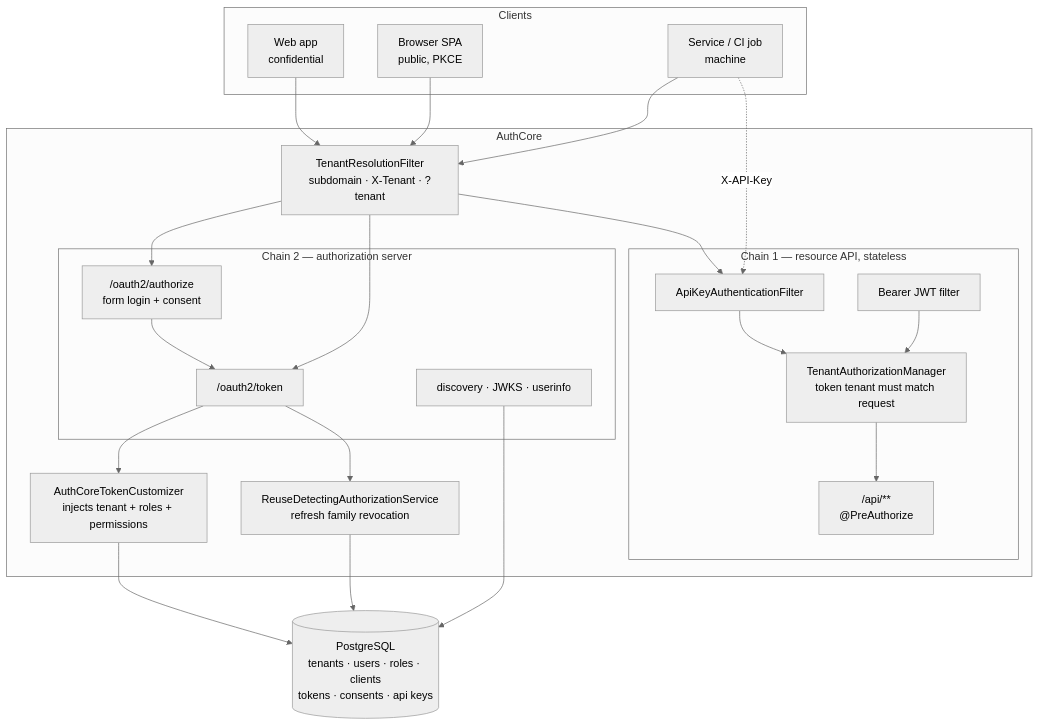
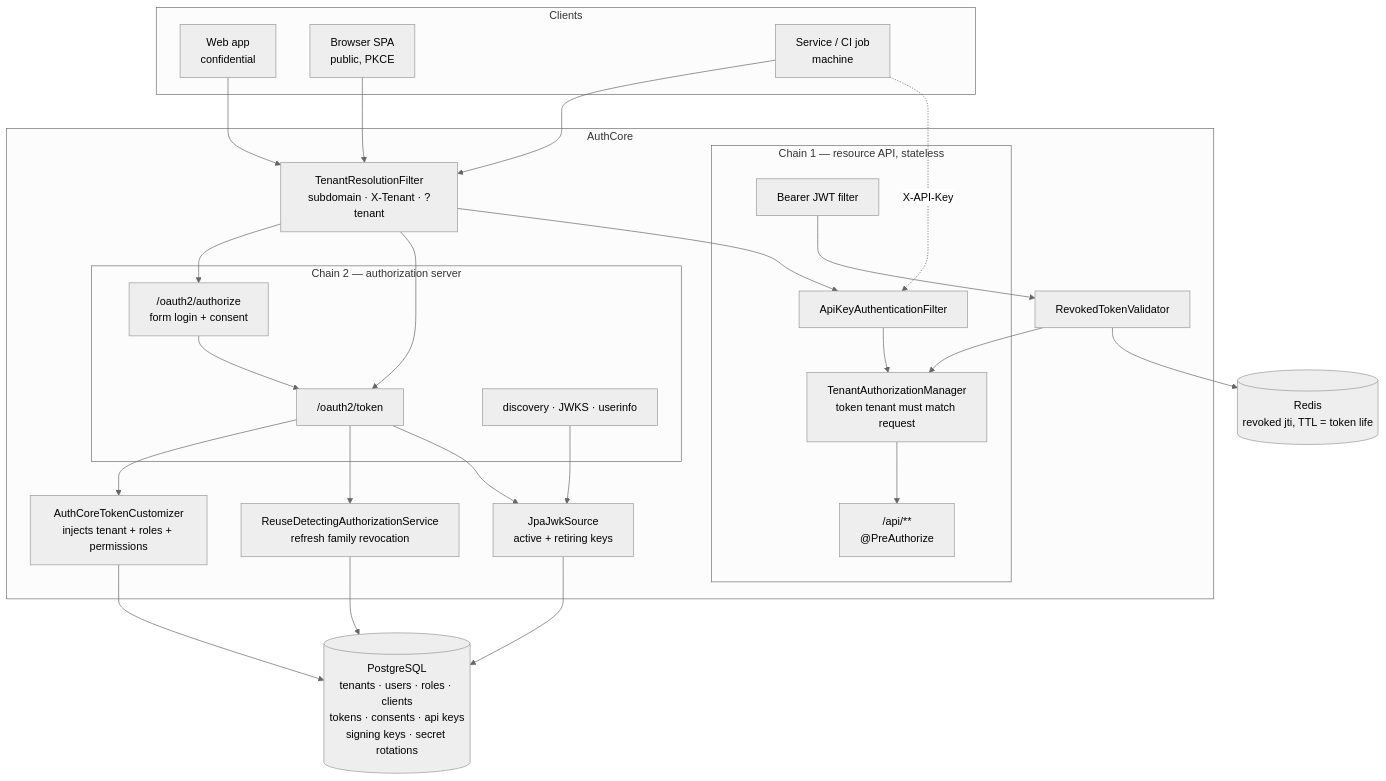
The first of 2 diagrams in README.md (ezat141/authcore), drawn with Mermaid (neutral theme) before and after one commit. The commit also changed other lines of this file, not shown here.

Commit message:
docs: update README for M7 key rotation, revocation, and secret rotation

````diff
--- a/README.md
+++ b/README.md
@@ -73,44 +78,51 @@
 ```mermaid
 graph TB
     subgraph Clients
         WEB["Web app<br/>confidential"]
         SPA["Browser SPA<br/>public, PKCE"]
         SVC["Service / CI job<br/>machine"]
     end
 
     subgraph AuthCore
         TENANT["TenantResolutionFilter<br/>subdomain · X-Tenant · ?tenant"]
         subgraph "Chain 2 — authorization server"
             AUTHZ["/oauth2/authorize<br/>form login + consent"]
             TOKEN["/oauth2/token"]
             OIDC["discovery · JWKS · userinfo"]
         end
         subgraph "Chain 1 — resource API, stateless"
             APIKEY["ApiKeyAuthenticationFilter"]
             BEARER["Bearer JWT filter"]
             TAM["TenantAuthorizationManager<br/>token tenant must match request"]
             RES["/api/**<br/>@PreAuthorize"]
         end
         CUSTOM["AuthCoreTokenCustomizer<br/>injects tenant + roles + permissions"]
         REUSE["ReuseDetectingAuthorizationService<br/>refresh family revocation"]
+        JWK["JpaJwkSource<br/>active + retiring keys"]
+        REV["RevokedTokenValidator"]
     end
 
-    PG[("PostgreSQL<br/>tenants · users · roles · clients<br/>tokens · consents · api keys")]
+    PG[("PostgreSQL<br/>tenants · users · roles · clients<br/>tokens · consents · api keys<br/>signing keys · secret rotations")]
+    REDIS[("Redis<br/>revoked jti, TTL = token life")]
 
     WEB --> TENANT
     SPA --> TENANT
     SVC --> TENANT
     TENANT --> AUTHZ
     TENANT --> TOKEN
     TENANT --> APIKEY
     SVC -.->|X-API-Key| APIKEY
     AUTHZ --> TOKEN
     TOKEN --> CUSTOM
     TOKEN --> REUSE
+    TOKEN --> JWK
     APIKEY --> TAM
-    BEARER --> TAM
+    BEARER --> REV
+    REV --> TAM
     TAM --> RES
     CUSTOM --> PG
     REUSE --> PG
-    OIDC --> PG
+    JWK --> PG
+    OIDC --> JWK
+    REV --> REDIS
 ```
````
